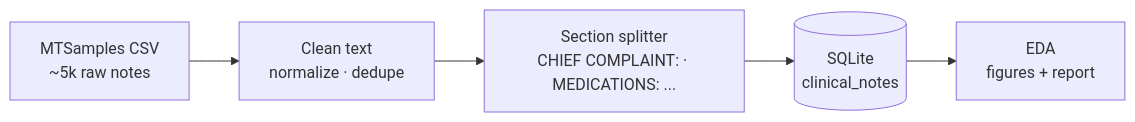
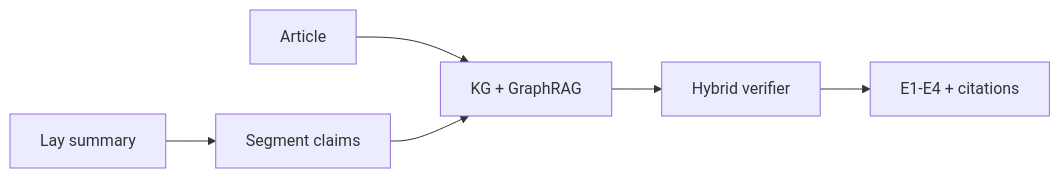
One commit to sahil143-dotcom/CuraVerify- changed the diagram in README.md. Above: the diagram before and after it, drawn with Mermaid. The commit also changed other lines of this file and 26 other files, not shown here.

````diff
--- a/README.md
+++ b/README.md
@@ -70,7 +23,8 @@
 ```mermaid
 flowchart LR
-    A[MTSamples CSV<br/>~5k raw notes] --> B[Clean text<br/>normalize · dedupe]
-    B --> C[Section splitter<br/>CHIEF COMPLAINT: · MEDICATIONS: ...]
-    C --> D[(SQLite<br/>clinical_notes)]
-    D --> E[EDA<br/>figures + report]
+  A[Article] --> C[KG + GraphRAG]
+  B[Lay summary] --> S[Segment claims]
+  S --> C
+  C --> V[Hybrid verifier]
+  V --> O[E1-E4 + citations]
 ```
````
